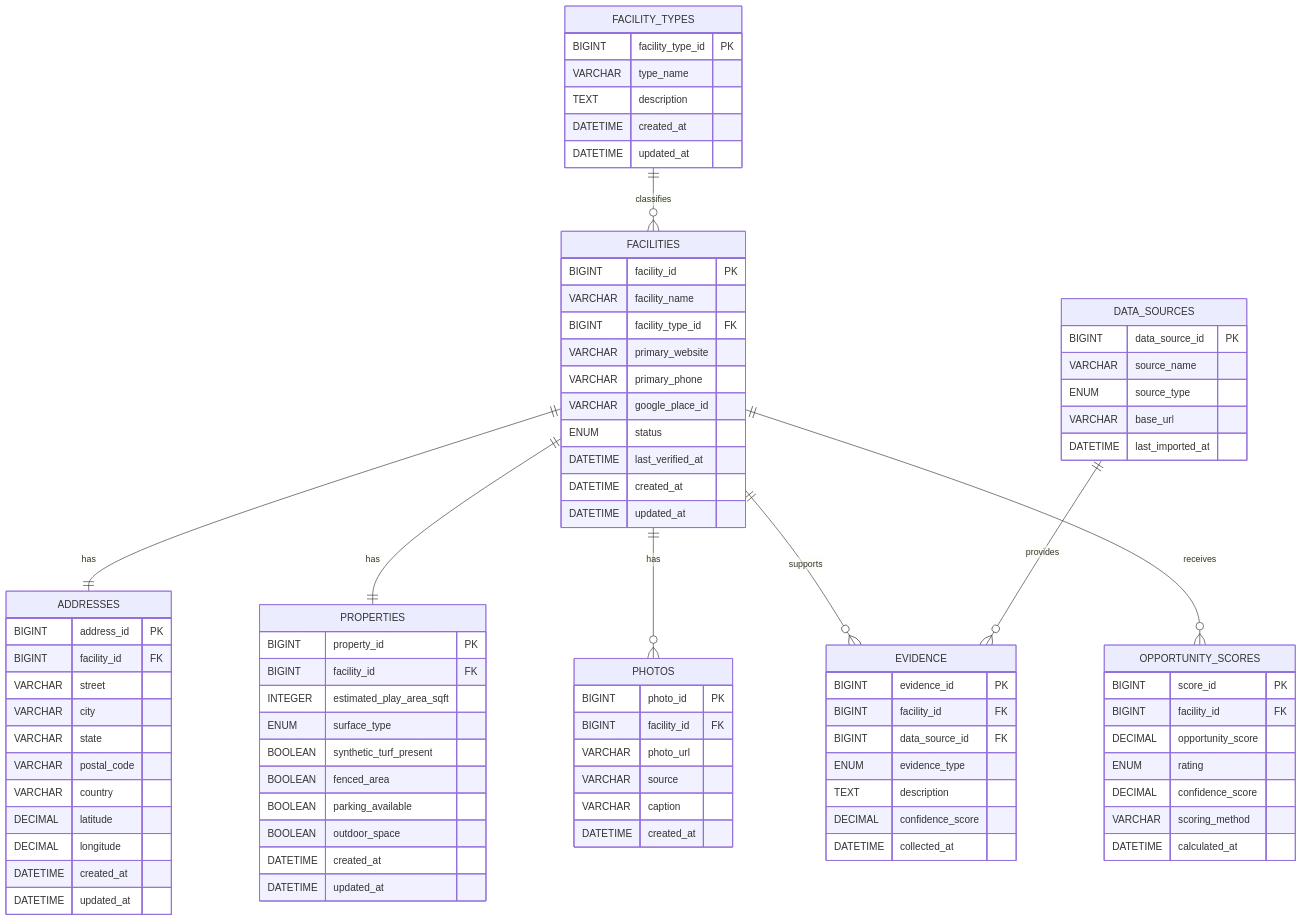
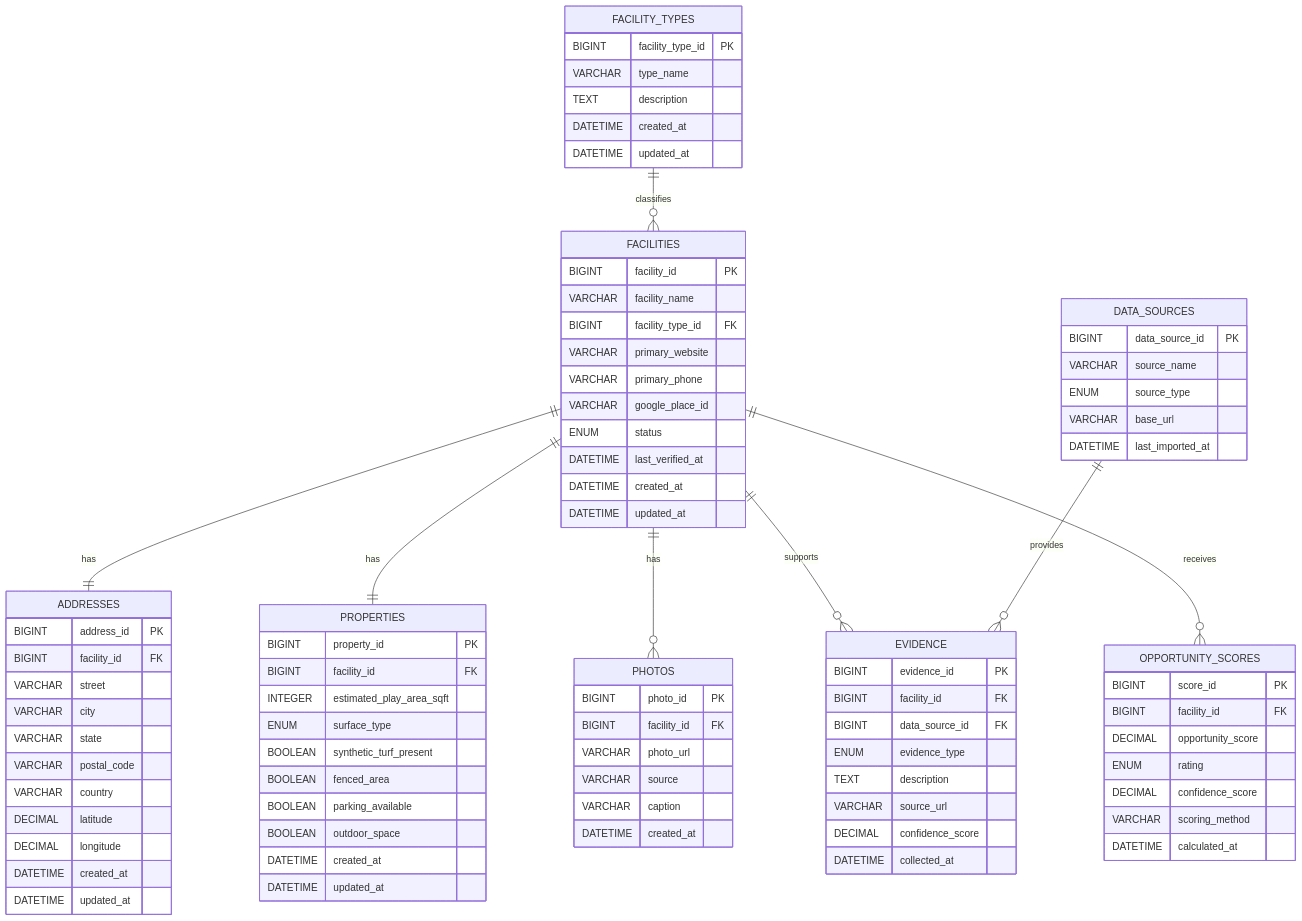
One commit to Melkang/turf-facility-finder changed the diagram in docs/06-database-entity-relationship-diagram.md. Above: the diagram before and after it, drawn with Mermaid. The commit also changed other lines of this file and 5 other files, not shown here.

Commit message:
Added in data source and evidence source to distinguish exact url info versus general info

```diff
--- a/docs/06-database-entity-relationship-diagram.md
+++ b/docs/06-database-entity-relationship-diagram.md
@@ -165,6 +165,7 @@
         BIGINT data_source_id FK
         ENUM evidence_type
         TEXT description
+        VARCHAR source_url
         DECIMAL confidence_score
         DATETIME collected_at
     }
```
